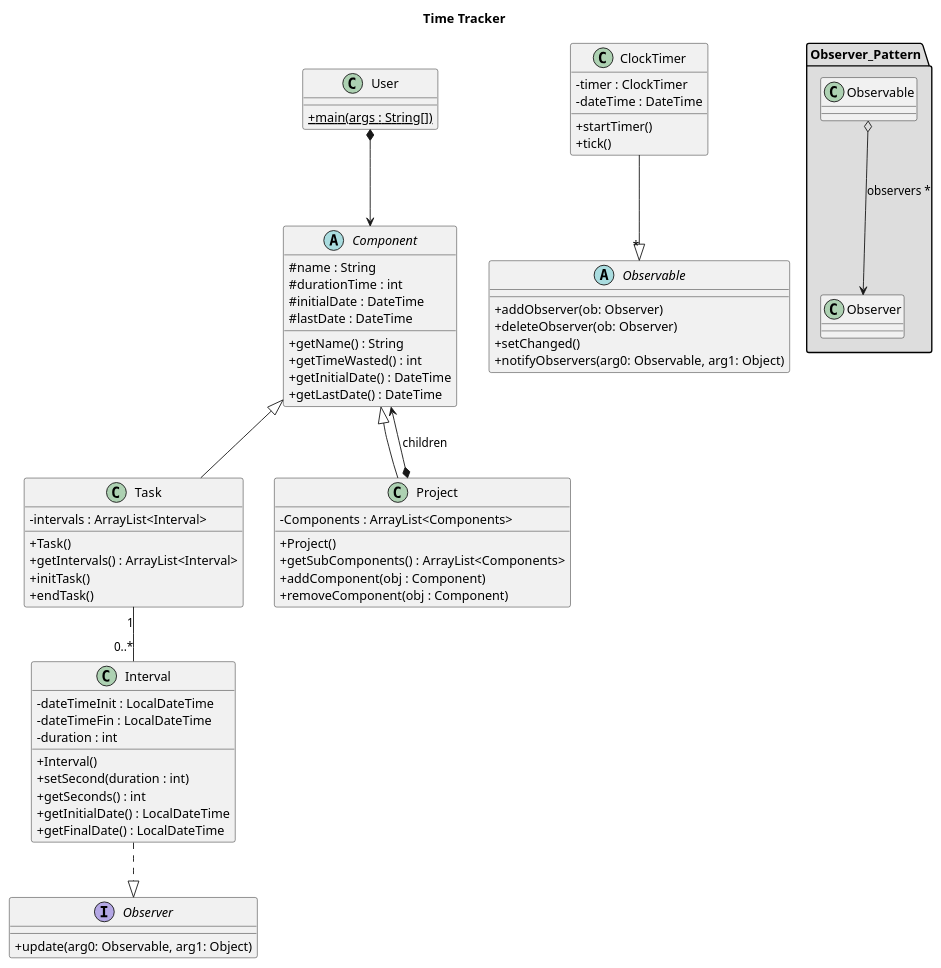
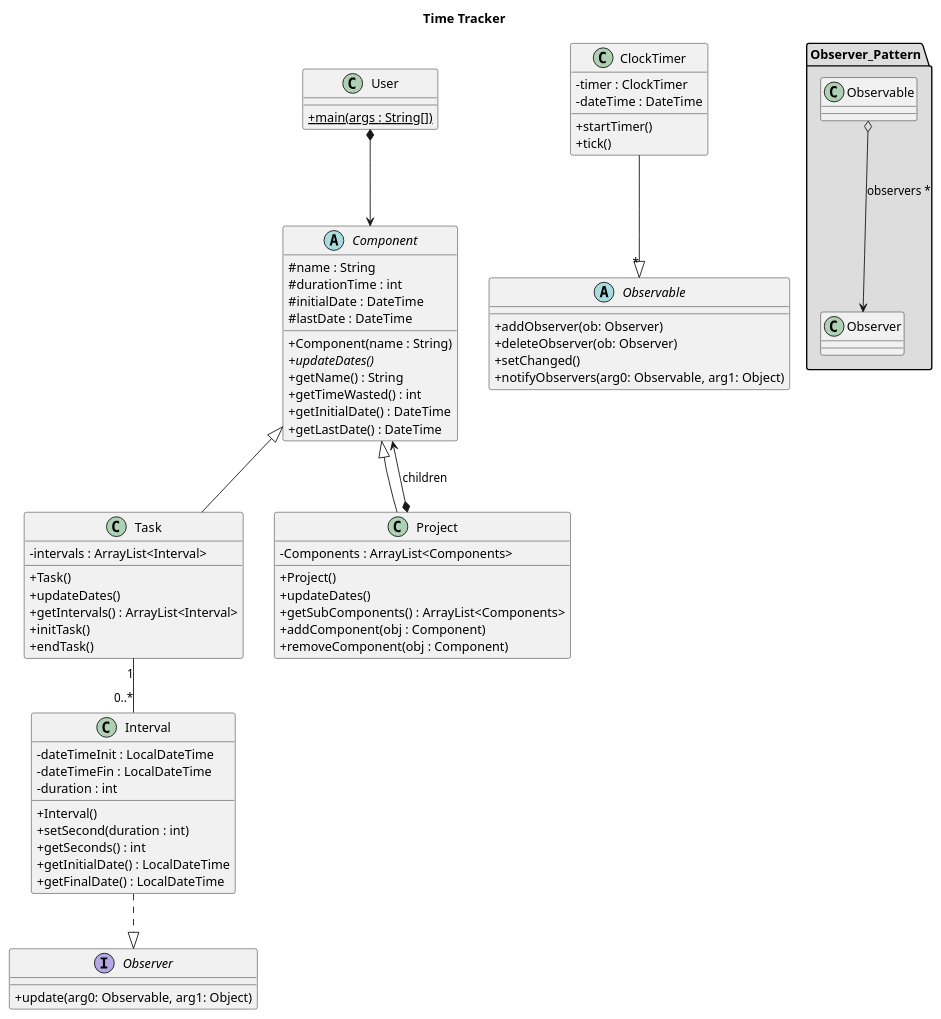
The diagram in diagram/classDiagramV2.puml (joaquimcodina/TimeTracker), drawn with PlantUML before and after one commit.

```diff
--- a/diagram/classDiagramV2.puml
+++ b/diagram/classDiagramV2.puml
@@ -1,78 +1,82 @@
 @startuml
 skinparam classAttributeIconSize 0
 
 title "Time Tracker"
 
 class User {
 +{static} main(args : String[])
 }
 
 class Task extends Component{
 - intervals : ArrayList<Interval>
 + Task()
++ updateDates()
 + getIntervals() : ArrayList<Interval>
 + initTask()
 + endTask()
 }
 
 class Project extends Component {
 - Components : ArrayList<Components>
 + Project()
++ updateDates()
 + getSubComponents() : ArrayList<Components>
 + addComponent(obj : Component)
 + removeComponent(obj : Component)
 }
 
 package "Observer_Pattern" #DDDDDD{
     Observable o--> Observer : observers *
 }
 
 abstract class Observable{
 + addObserver(ob: Observer)
 + deleteObserver(ob: Observer)
 +setChanged()
 +notifyObservers(arg0: Observable, arg1: Object)
 }
 
 interface Observer{
 +update(arg0: Observable, arg1: Object)
 }
 
 class ClockTimer{
 - timer : ClockTimer
 - dateTime : DateTime
 + startTimer()
 + tick()
 }
 
 abstract class Component{
 # name : String
 # durationTime : int
 # initialDate : DateTime
 # lastDate : DateTime
++ Component(name : String)
++ {abstract} updateDates()
 + getName() : String
 + getTimeWasted() : int
 + getInitialDate() : DateTime
 + getLastDate() : DateTime
 }
 
 class Interval {
 - dateTimeInit : LocalDateTime
 - dateTimeFin : LocalDateTime
 - duration : int
 + Interval()
 + setSecond(duration : int)
 + getSeconds() : int
 + getInitialDate() : LocalDateTime
 + getFinalDate() : LocalDateTime
 }
 
 
 User *--> Component
 'Project "1"-left-"0..*" Project
 Component <--* Project : "children"
 Task "1"--"0..*" Interval
 ClockTimer --|> "*" Observable
 Interval ..|> Observer
 
 @enduml
```
